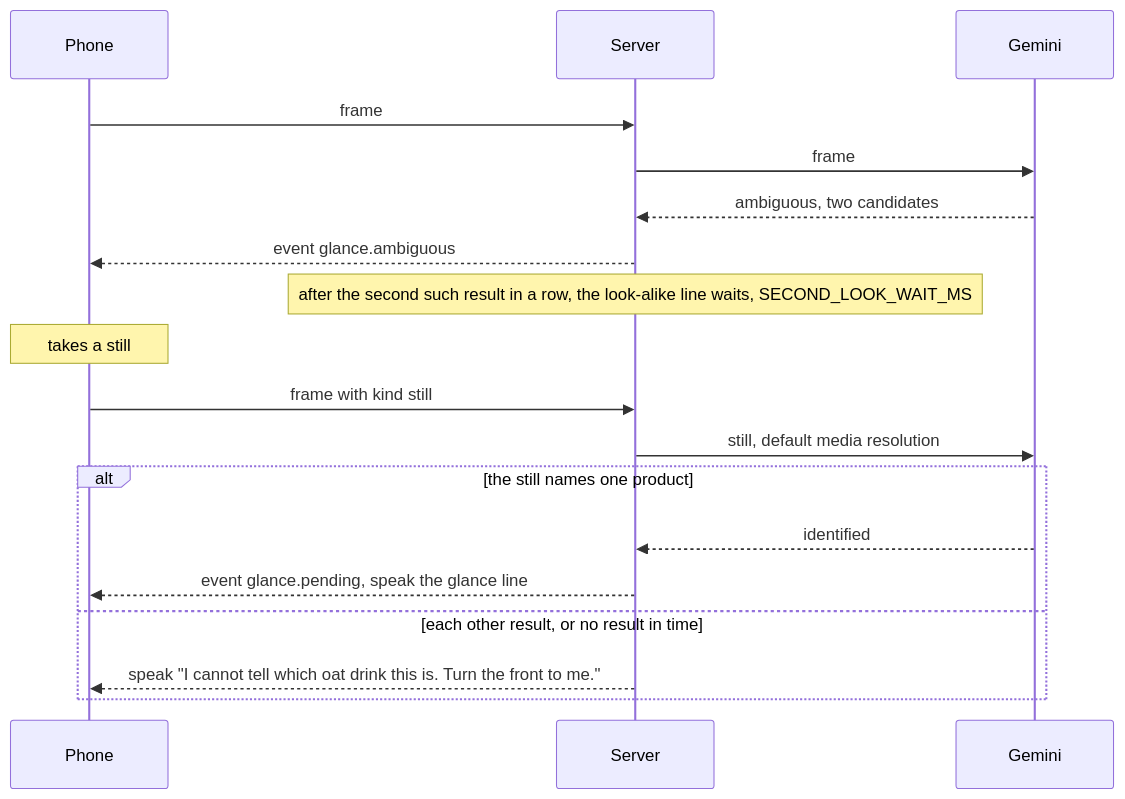
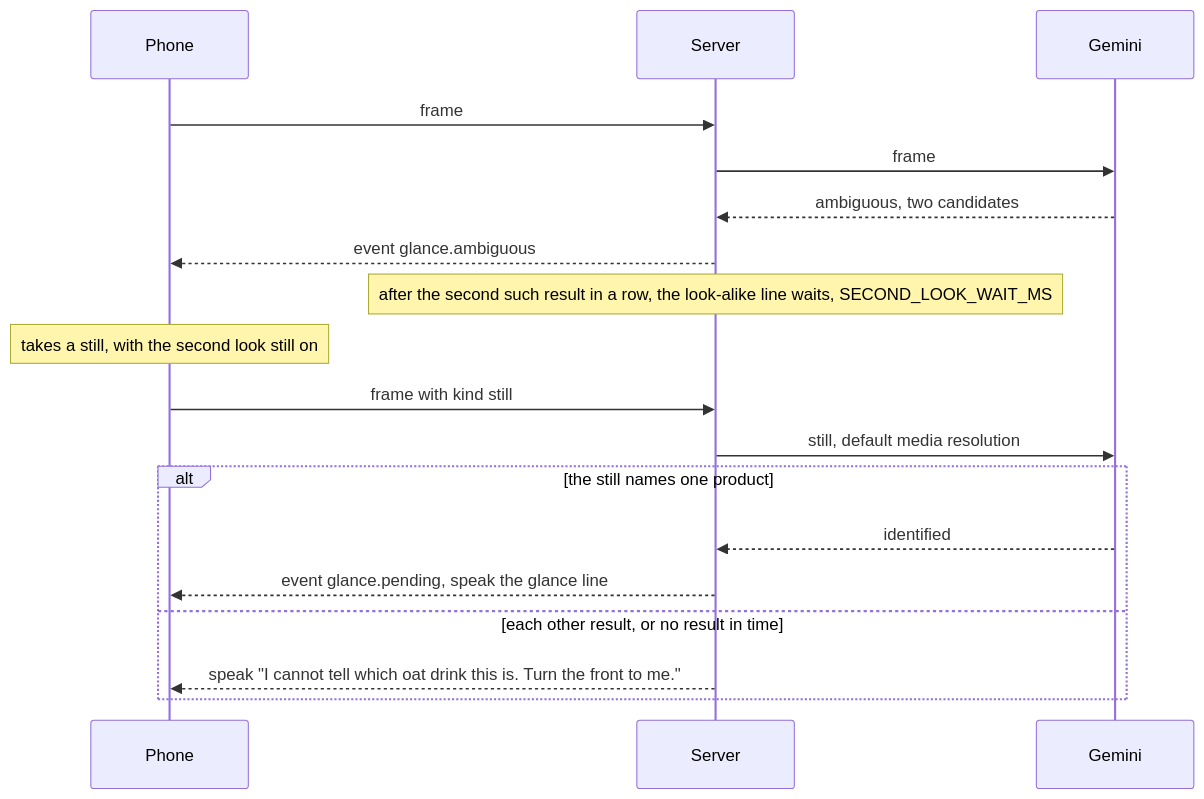
Before and after one commit to mrBymax/glance: the ninth of 14 diagrams in apps/server/README.md, drawn with Mermaid. The commit also changed other lines of this file and 2 other files, not shown here.

First line of the commit message:
docs: describe the second look setting and the label still that waits

````diff
--- a/apps/server/README.md
+++ b/apps/server/README.md
@@ -1294,20 +1294,20 @@
 ```mermaid
 sequenceDiagram
   participant Phone
   participant Server
   participant Gemini
   Phone->>Server: frame
   Server->>Gemini: frame
   Gemini-->>Server: ambiguous, two candidates
   Server-->>Phone: event glance.ambiguous
   Note over Server: after the second such result in a row, the look-alike line waits, SECOND_LOOK_WAIT_MS
-  Note over Phone: takes a still
+  Note over Phone: takes a still, with the second look still on
   Phone->>Server: frame with kind still
   Server->>Gemini: still, default media resolution
   alt the still names one product
     Gemini-->>Server: identified
     Server-->>Phone: event glance.pending, speak the glance line
   else each other result, or no result in time
     Server-->>Phone: speak "I cannot tell which oat drink this is. Turn the front to me."
   end
 ```
````
